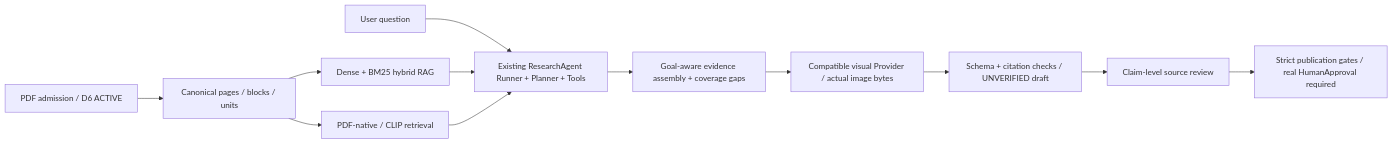
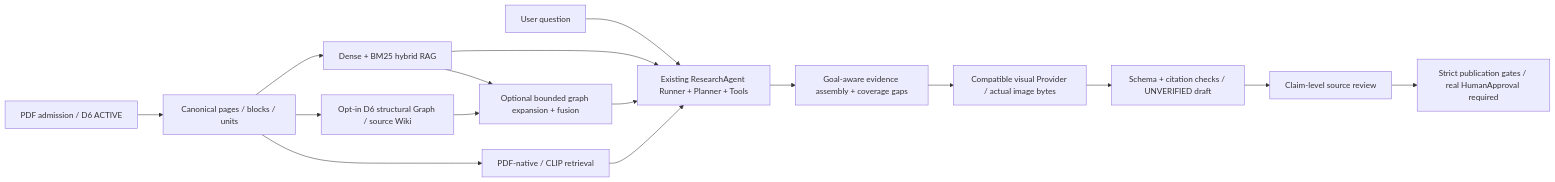
Before and after one commit to zhangjf314/Research: the diagram in README.md, drawn with Mermaid. The commit also changed other lines of this file and 20 other files, not shown here.

Commit message:
feat: integrate D6 structural GraphRAG and source Wiki runtime

````diff
--- a/README.md
+++ b/README.md
@@ -19,14 +19,18 @@
 ```mermaid
 flowchart LR
   PDF[PDF admission / D6 ACTIVE] --> I[Canonical pages / blocks / units]
   I --> H[Dense + BM25 hybrid RAG]
   I --> N[PDF-native / CLIP retrieval]
   R[User question] --> A[Existing ResearchAgent Runner + Planner + Tools]
   H --> A
+  I --> GW[Opt-in D6 structural Graph / source Wiki]
+  H --> GR[Optional bounded graph expansion + fusion]
+  GW --> GR
+  GR --> A
   N --> A
   A --> E[Goal-aware evidence assembly + coverage gaps]
   E --> V[Compatible visual Provider / actual image bytes]
   V --> D[Schema + citation checks / UNVERIFIED draft]
   D --> S[Claim-level source review]
   S --> P[Strict publication gates / real HumanApproval required]
 ```
````
